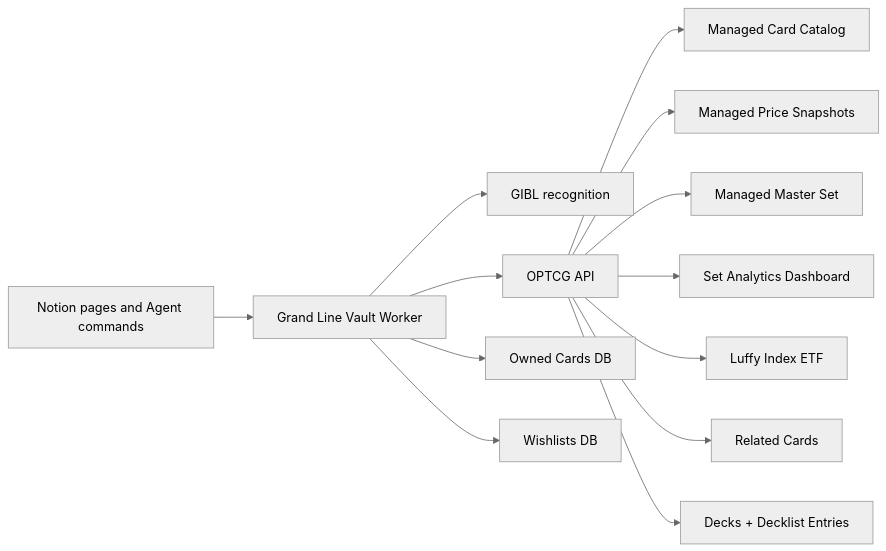
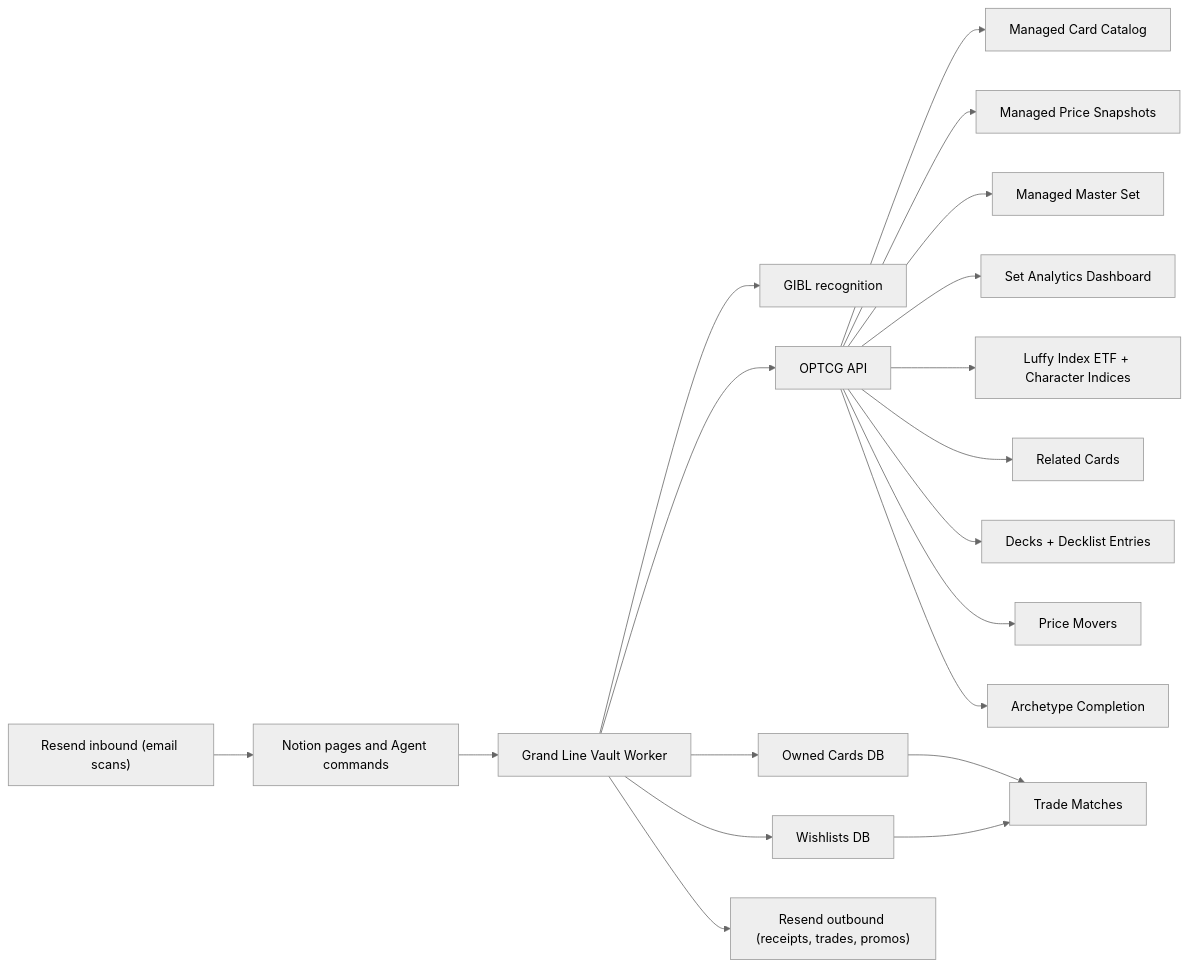
Before and after one commit to spenceryang/grandlinevault: the diagram in README.md, drawn with Mermaid (neutral theme). The commit also changed other lines of this file, not shown here.

````diff
--- a/README.md
+++ b/README.md
@@ -125,15 +155,21 @@
 ```mermaid
 flowchart LR
     A["Notion pages and Agent commands"] --> B["Grand Line Vault Worker"]
     B --> C["GIBL recognition"]
     B --> D["OPTCG API"]
     B --> E["Owned Cards DB"]
     B --> F["Wishlists DB"]
     D --> G["Managed Card Catalog"]
     D --> H["Managed Price Snapshots"]
     D --> I["Managed Master Set"]
     D --> J["Set Analytics Dashboard"]
-    D --> K["Luffy Index ETF"]
+    D --> K["Luffy Index ETF + Character Indices"]
     D --> L["Related Cards"]
     D --> M["Decks + Decklist Entries"]
+    D --> N["Price Movers"]
+    D --> O["Archetype Completion"]
+    E --> P["Trade Matches"]
+    F --> P
+    Q["Resend inbound (email scans)"] --> A
+    B --> R["Resend outbound (receipts, trades, promos)"]
 ```
````
